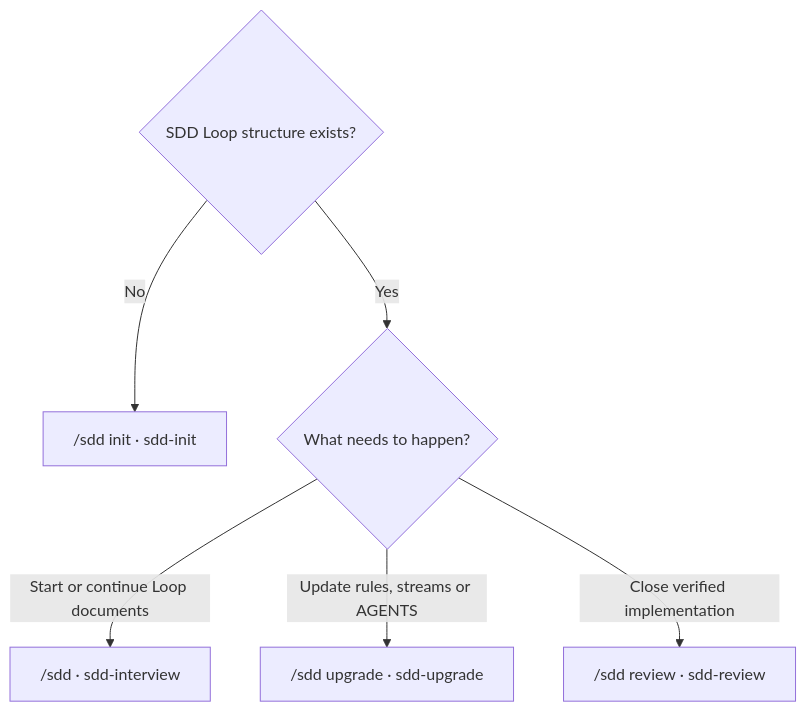
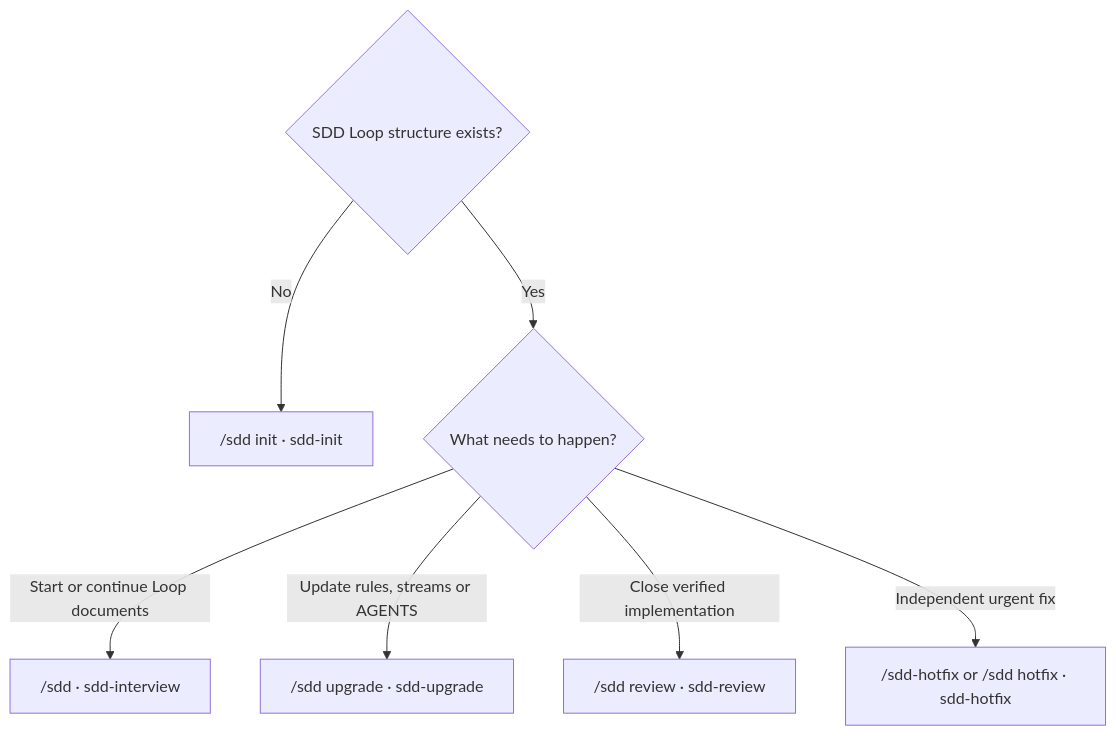
Before and after one commit to Roger0808/sdd-loop: the third of 3 diagrams in README.md, drawn with Mermaid. The commit also changed other lines of this file and 22 other files, not shown here.

Commit message:
feat: add auditable sdd hotfix workflow

````diff
--- a/README.md
+++ b/README.md
@@ -209,9 +223,10 @@
 ```mermaid
 flowchart TD
     A{SDD Loop structure exists?}
     A -- No --> I["/sdd init · sdd-init"]
     A -- Yes --> B{What needs to happen?}
     B -- Start or continue Loop documents --> N["/sdd · sdd-interview"]
     B -- Update rules, streams or AGENTS --> U["/sdd upgrade · sdd-upgrade"]
     B -- Close verified implementation --> R["/sdd review · sdd-review"]
+    B -- Independent urgent fix --> H["/sdd-hotfix or /sdd hotfix · sdd-hotfix"]
 ```
````
